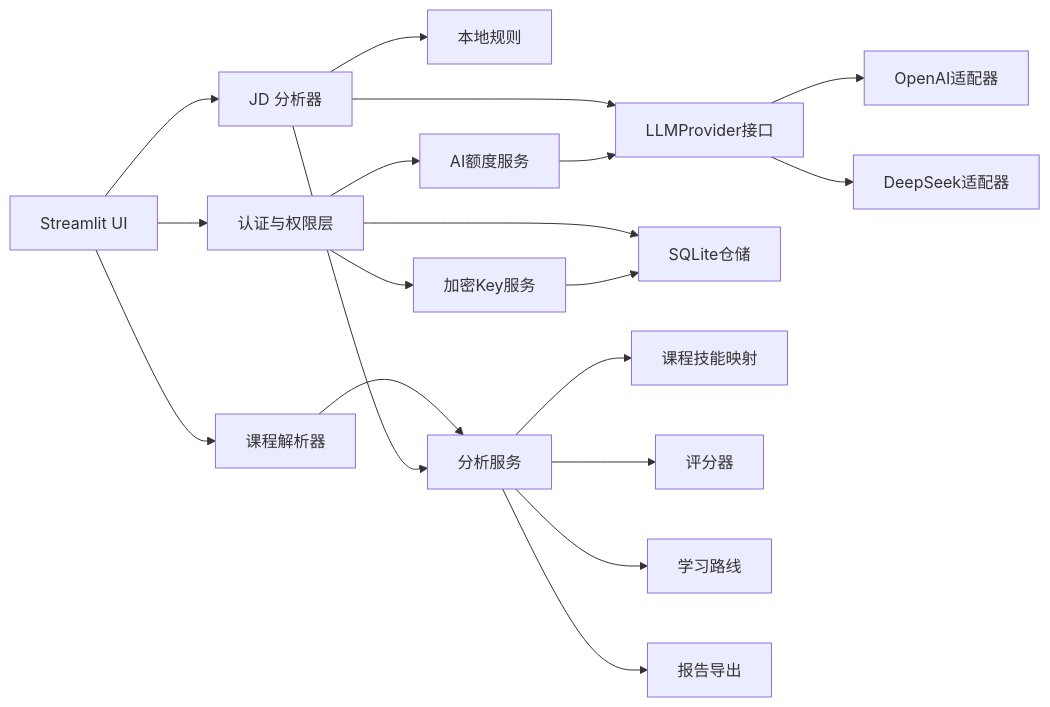
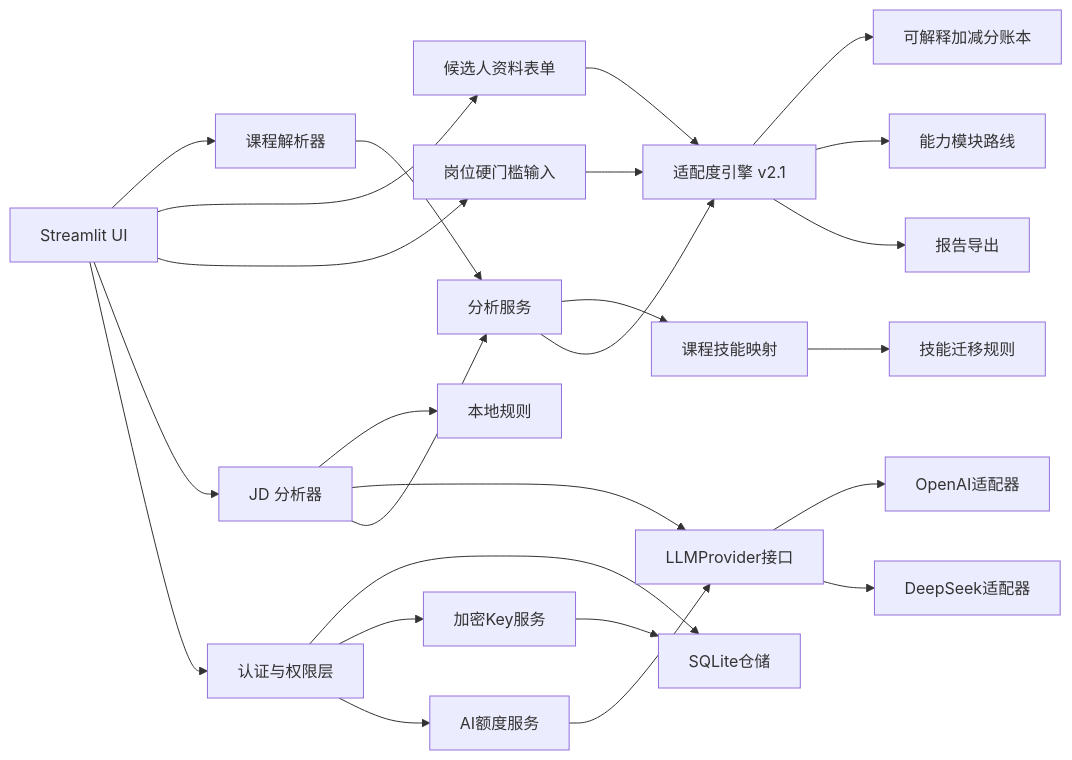
The diagram in docs/architecture.md (tcjyq/mhj-course2career), drawn with Mermaid before and after one commit. The commit also changed other lines of this file and 16 other files, not shown here.

````diff
--- a/docs/architecture.md
+++ b/docs/architecture.md
@@ -7,21 +7,27 @@
 ```mermaid
 flowchart LR
     UI["Streamlit UI"] --> CP["课程解析器"]
+    UI --> PROFILE["候选人资料表单"]
+    UI --> GATE["岗位硬门槛输入"]
     UI --> JD["JD 分析器"]
     JD --> RULE["本地规则"]
     JD --> LLM["LLMProvider接口"]
     LLM --> OPENAI["OpenAI适配器"]
     LLM --> DEEPSEEK["DeepSeek适配器"]
     UI --> AUTH["认证与权限层"]
     AUTH --> DB["SQLite仓储"]
     AUTH --> KEYS["加密Key服务"]
     KEYS --> DB
     AUTH --> USAGE["AI额度服务"]
     USAGE --> LLM
     CP --> SERVICE["分析服务"]
+    PROFILE --> ADAPT["适配度引擎 v2.1"]
+    GATE --> ADAPT
     JD --> SERVICE
     SERVICE --> MAP["课程技能映射"]
-    SERVICE --> SCORE["评分器"]
-    SERVICE --> PATH["学习路线"]
-    SERVICE --> REPORT["报告导出"]
+    MAP --> TRANSFER["技能迁移规则"]
+    SERVICE --> ADAPT
+    ADAPT --> LEDGER["可解释加减分账本"]
+    ADAPT --> PATH["能力模块路线"]
+    ADAPT --> REPORT["报告导出"]
 ```
````
